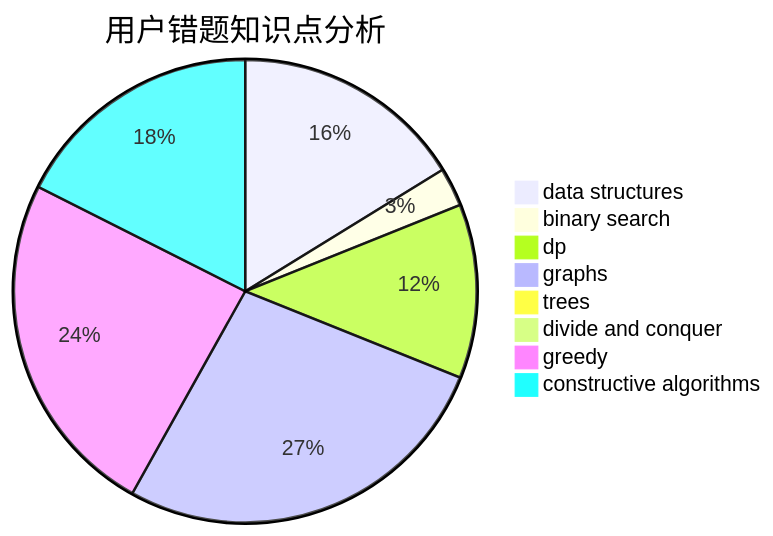
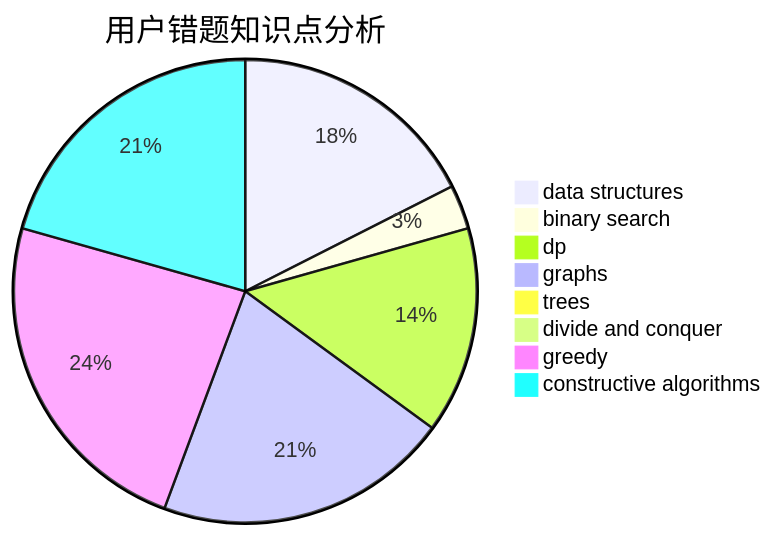
One commit to sherpahu/cfrs.github.io changed the third of 3 diagrams in docs/user/u1056.md. Above: the diagram before and after it, drawn with Mermaid. The commit also changed other lines of this file and 2770 other files, not shown here.

````diff
--- a/docs/user/u1056.md
+++ b/docs/user/u1056.md
@@ -36,11 +36,11 @@
 ```mermaid
 pie title 用户错题知识点分析
-    "data structures" :  12
-    "binary search" :  2
-    "dp" :  9
+    "data structures" :  17
+    "binary search" :  3
+    "dp" :  14
     "graphs" :  20
     "trees" :  0
     "divide and conquer" :  0
-    "greedy" :  18
-    "constructive algorithms" :  13
+    "greedy" :  23
+    "constructive algorithms" :  20
 ```
````
